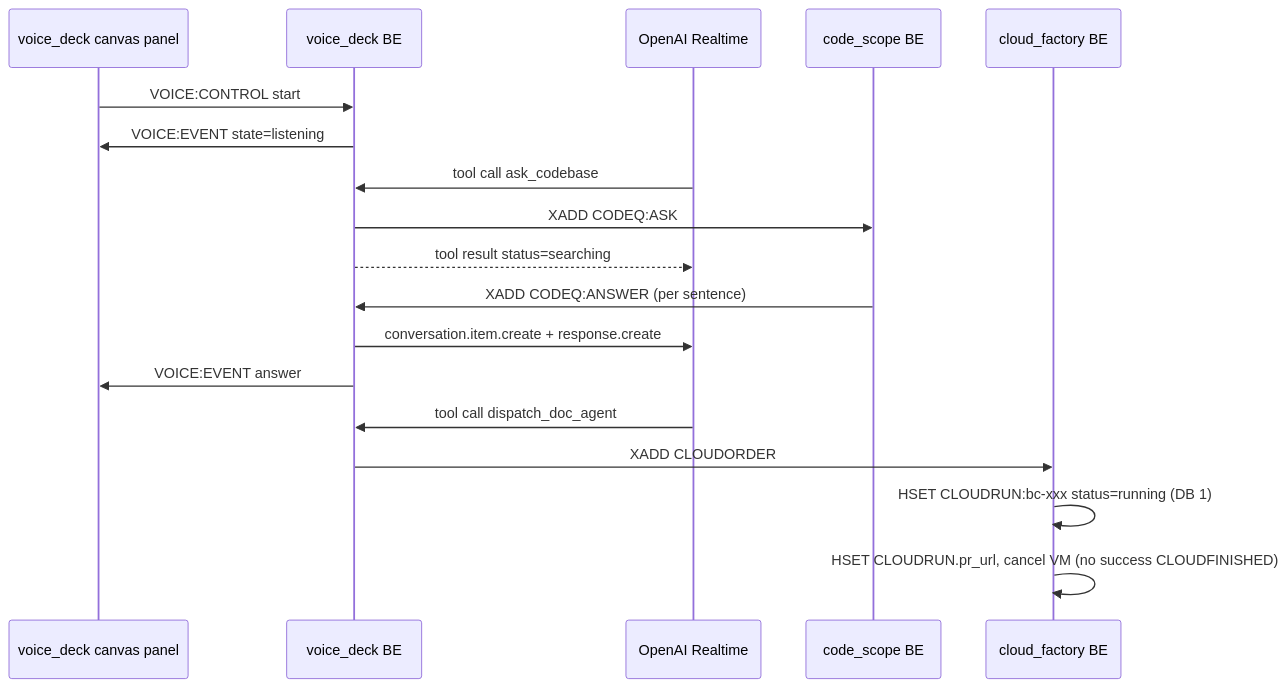
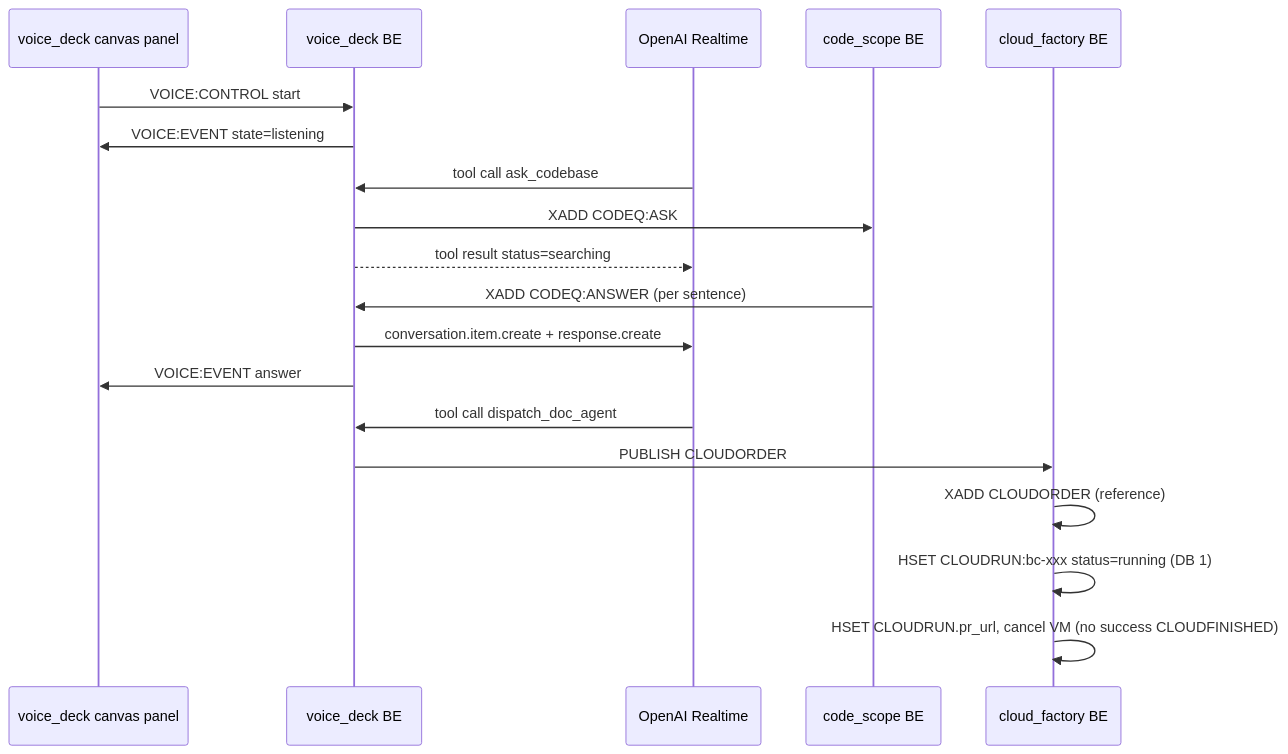
One commit to SamJBoyer/MegaDesk changed the diagram in MegaDesk-Contracts/redis/voice-chain.md. Above: the diagram before and after it, drawn with Mermaid. The commit also changed other lines of this file and 25 other files, not shown here.

````diff
--- a/MegaDesk-Contracts/redis/voice-chain.md
+++ b/MegaDesk-Contracts/redis/voice-chain.md
@@ -16,21 +16,22 @@
 ```mermaid
 sequenceDiagram
     participant VDFE as voice_deck canvas panel
     participant VD as voice_deck BE
     participant RT as OpenAI Realtime
     participant CS as code_scope BE
     participant CD as cloud_factory BE
 
     VDFE->>VD: VOICE:CONTROL start
     VD->>VDFE: VOICE:EVENT state=listening
     RT->>VD: tool call ask_codebase
     VD->>CS: XADD CODEQ:ASK
     VD-->>RT: tool result status=searching
     CS->>VD: XADD CODEQ:ANSWER (per sentence)
     VD->>RT: conversation.item.create + response.create
     VD->>VDFE: VOICE:EVENT answer
     RT->>VD: tool call dispatch_doc_agent
-    VD->>CD: XADD CLOUDORDER
+    VD->>CD: PUBLISH CLOUDORDER
+    CD->>CD: XADD CLOUDORDER (reference)
     CD->>CD: HSET CLOUDRUN:bc-xxx status=running (DB 1)
     CD->>CD: HSET CLOUDRUN.pr_url, cancel VM (no success CLOUDFINISHED)
 ```
````
